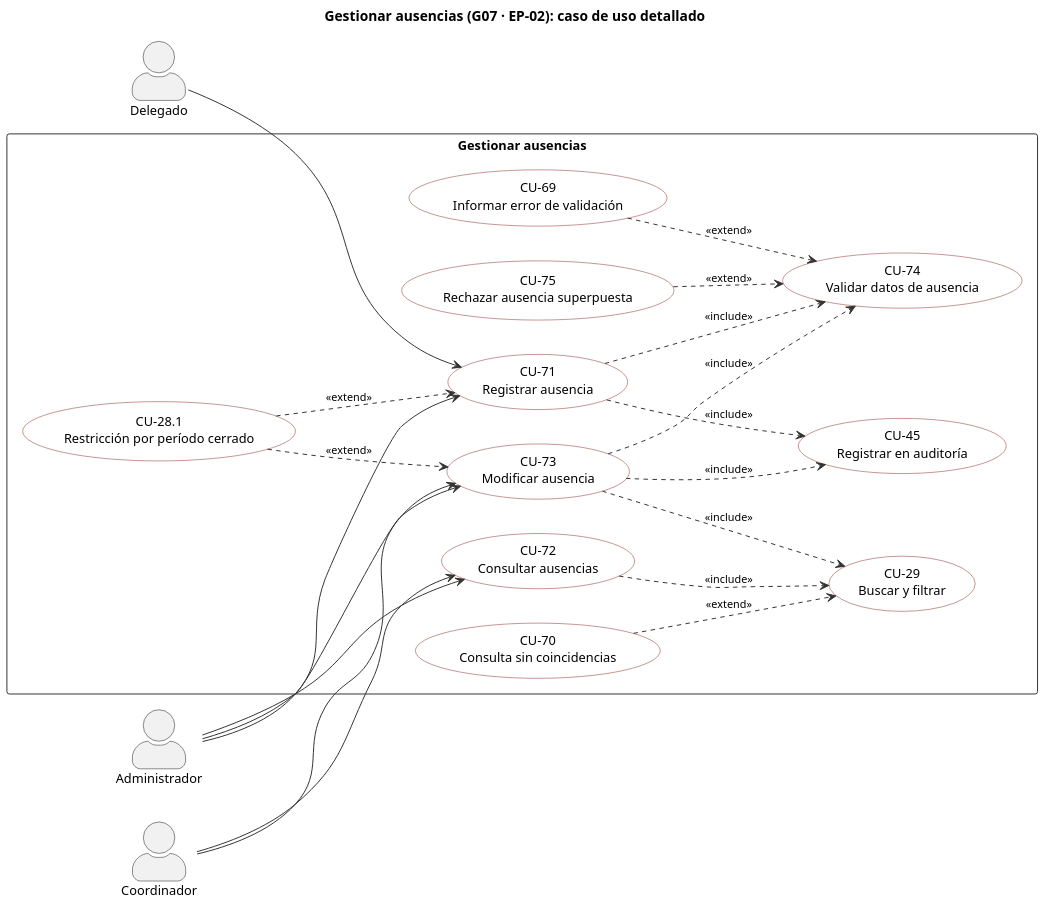
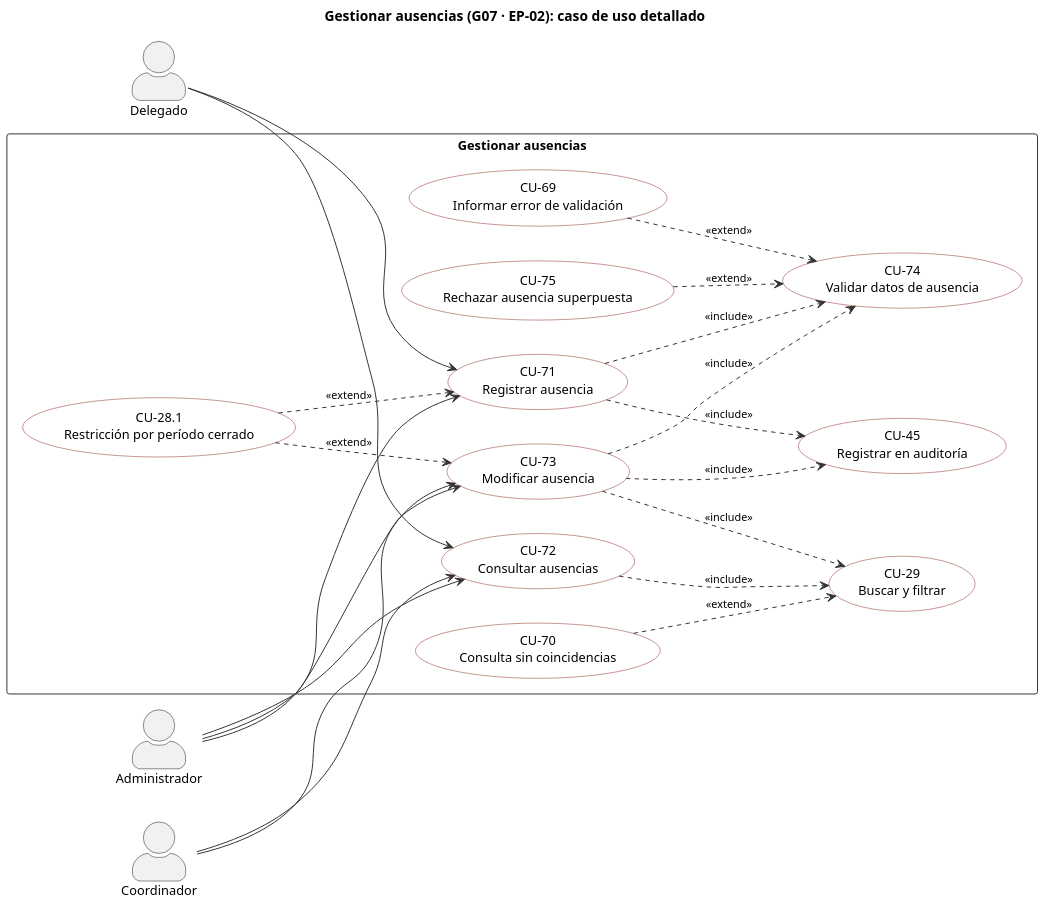
Before and after one commit to cesar260207/eva-backend-2: the diagram in docs/casos_uso/plantuml/cu_detalle_g07.puml, drawn with PlantUML. The commit also changed 10 other files, not shown here.

```diff
--- a/docs/casos_uso/plantuml/cu_detalle_g07.puml
+++ b/docs/casos_uso/plantuml/cu_detalle_g07.puml
@@ -1,52 +1,53 @@
 @startuml cu_detalle_g07
 skinparam shadowing false
 skinparam dpi 150
 skinparam defaultFontName Arial
 skinparam defaultFontSize 13
 skinparam actorStyle awesome
 skinparam usecase {
   BackgroundColor #FFFFFF
   BorderColor #8E2B24
   ArrowColor #333333
 }
 skinparam rectangle {
   BorderColor #333333
   FontStyle bold
 }
 skinparam ArrowFontSize 11
 
 left to right direction
 title Gestionar ausencias (G07 · EP-02): caso de uso detallado
 actor "Delegado" as Delegado
 actor "Coordinador" as Coordinador
 actor "Administrador" as Administrador
 rectangle "Gestionar ausencias" {
   usecase "CU-71\nRegistrar ausencia" as au_reg
   usecase "CU-72\nConsultar ausencias" as au_con
   usecase "CU-73\nModificar ausencia" as au_mod
   usecase "CU-74\nValidar datos de ausencia" as au_valid
   usecase "CU-29\nBuscar y filtrar" as buscar
   usecase "CU-45\nRegistrar en auditoría" as auditar
   usecase "CU-69\nInformar error de validación" as error_valid
   usecase "CU-75\nRechazar ausencia superpuesta" as superpuesta
   usecase "CU-28.1\nRestricción por período cerrado" as periodo_cerrado
   usecase "CU-70\nConsulta sin coincidencias" as sin_resultados
 }
 Delegado --> au_reg
 Administrador --> au_reg
+Delegado --> au_con
 Coordinador --> au_con
 Administrador --> au_con
 Coordinador --> au_mod
 Administrador --> au_mod
 au_reg ..> au_valid : <<include>>
 au_reg ..> auditar : <<include>>
 au_con ..> buscar : <<include>>
 au_mod ..> buscar : <<include>>
 au_mod ..> au_valid : <<include>>
 au_mod ..> auditar : <<include>>
 error_valid ..> au_valid : <<extend>>
 superpuesta ..> au_valid : <<extend>>
 periodo_cerrado ..> au_reg : <<extend>>
 periodo_cerrado ..> au_mod : <<extend>>
 sin_resultados ..> buscar : <<extend>>
 @enduml
```
